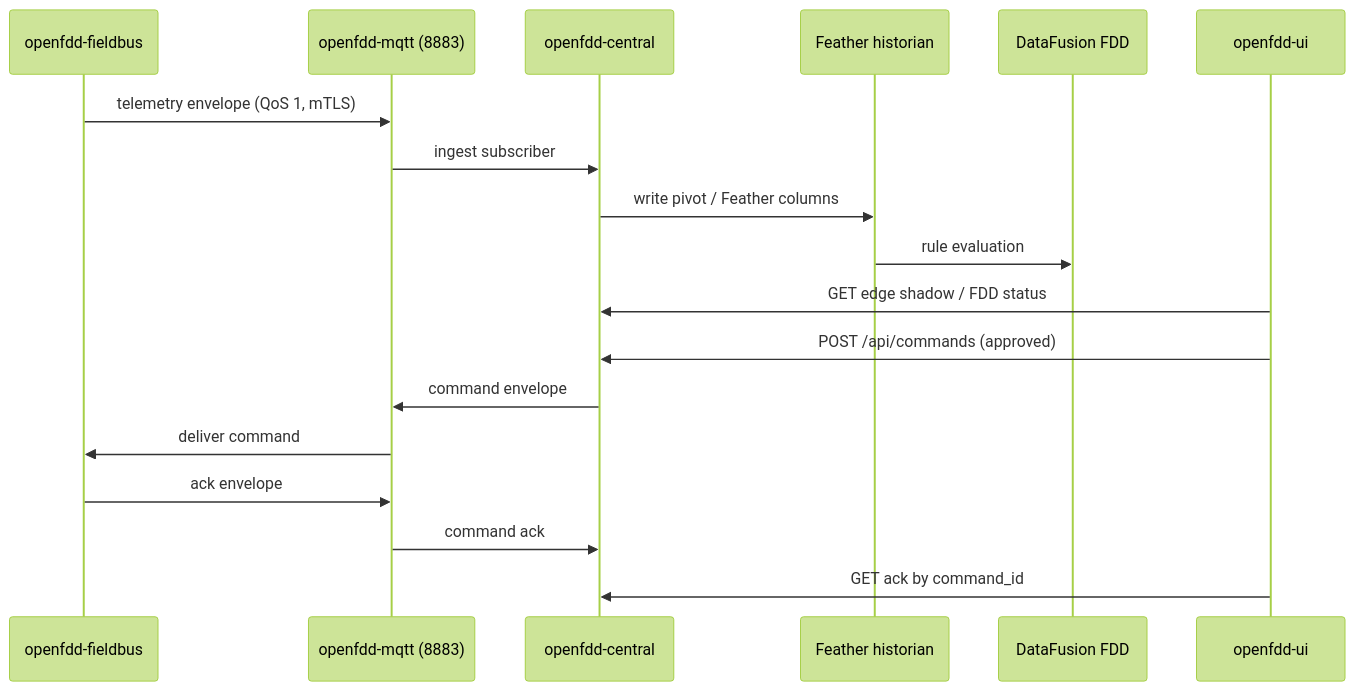
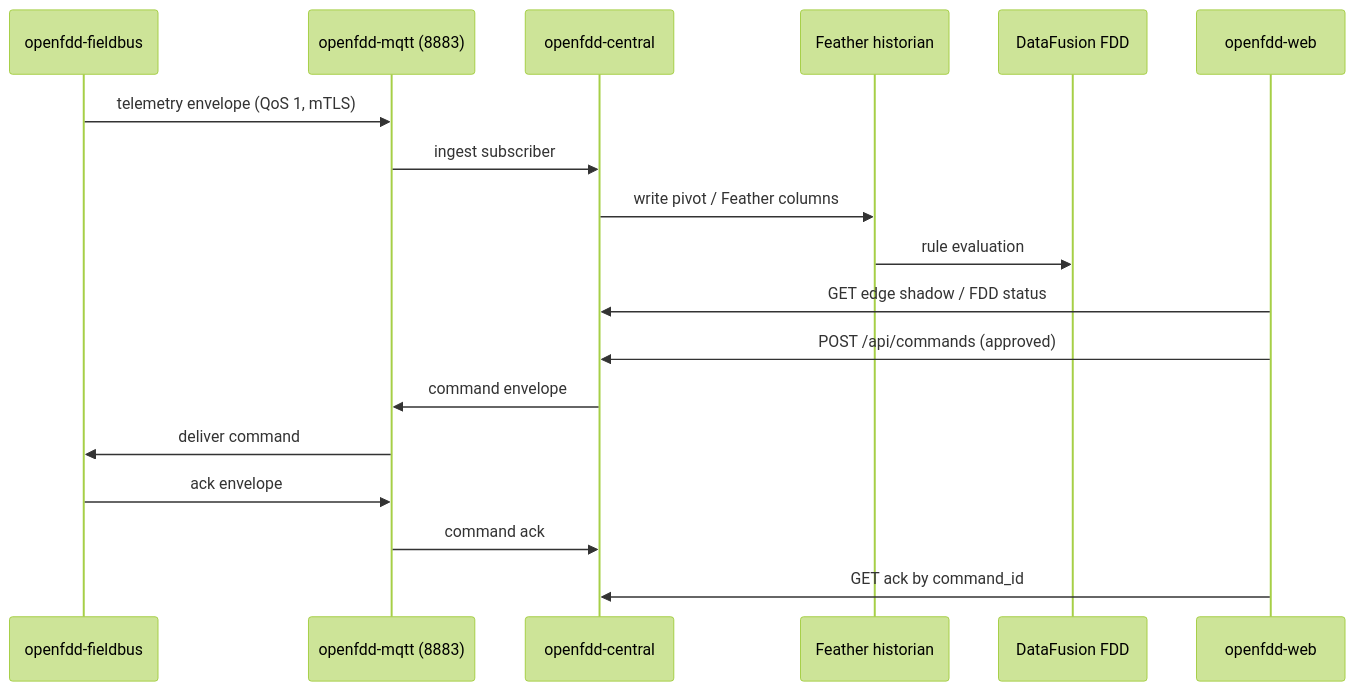
Before and after one commit to bbartling/open-fdd: the diagram in scripts/gates/e2e_mqtts_feather.md, drawn with Mermaid (forest theme). The commit also changed 174 other files, not shown here.

First line of the commit message:
Purge Streamlit product UI remnants; React/openfdd-web only. (#712)

````diff
--- a/scripts/gates/e2e_mqtts_feather.md
+++ b/scripts/gates/e2e_mqtts_feather.md
@@ -7,21 +7,21 @@
 ```mermaid
 sequenceDiagram
   participant FB as openfdd-fieldbus
   participant MQTT as openfdd-mqtt (8883)
   participant C as openfdd-central
   participant F as Feather historian
   participant R as DataFusion FDD
-  participant UI as openfdd-ui
+  participant UI as openfdd-web
 
   FB->>MQTT: telemetry envelope (QoS 1, mTLS)
   MQTT->>C: ingest subscriber
   C->>F: write pivot / Feather columns
   F->>R: rule evaluation
   UI->>C: GET edge shadow / FDD status
   UI->>C: POST /api/commands (approved)
   C->>MQTT: command envelope
   MQTT->>FB: deliver command
   FB->>MQTT: ack envelope
   MQTT->>C: command ack
   UI->>C: GET ack by command_id
 ```
````
